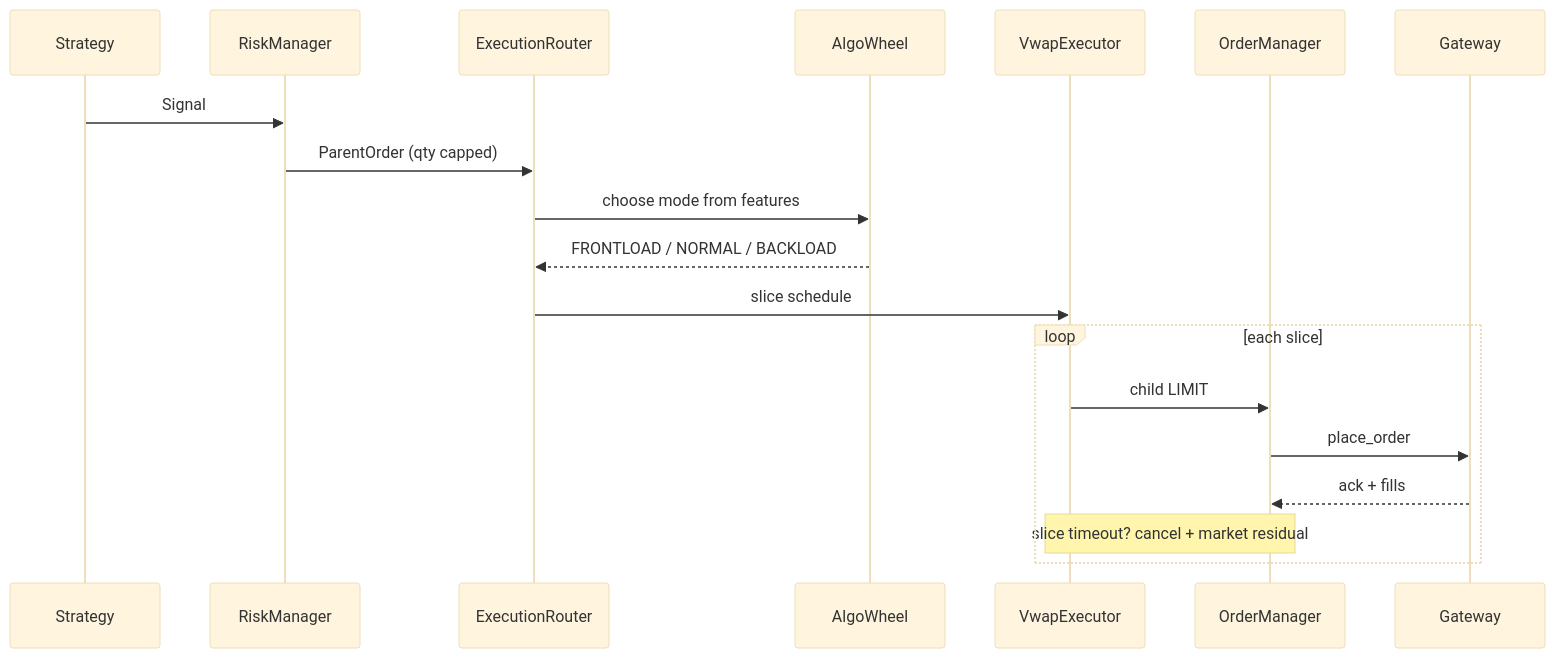
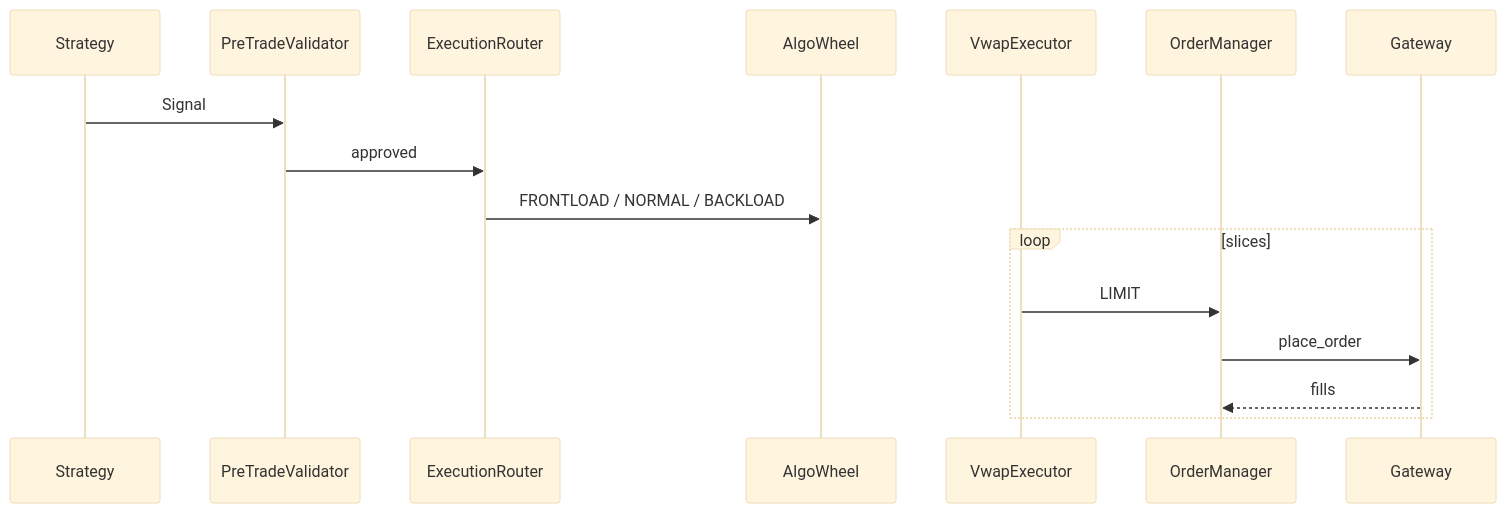
Before and after one commit to Zendragon98/algo-trading-hub: the seventh of 8 diagrams in backend/README.md, drawn with Mermaid (base theme). The commit also changed other lines of this file and 18 other files, not shown here.

````diff
--- a/backend/README.md
+++ b/backend/README.md
@@ -112,22 +162,18 @@
 ```mermaid
 sequenceDiagram
     participant S as Strategy
-    participant K as RiskManager
+    participant P as PreTradeValidator
     participant R as ExecutionRouter
     participant W as AlgoWheel
     participant V as VwapExecutor
     participant O as OrderManager
     participant G as Gateway
-
-    S->>K: Signal
-    K->>R: ParentOrder (qty capped)
-    R->>W: choose mode from features
-    W-->>R: FRONTLOAD / NORMAL / BACKLOAD
-    R->>V: slice schedule
-    loop each slice
-        V->>O: child LIMIT
+    S->>P: Signal
+    P->>R: approved
+    R->>W: FRONTLOAD / NORMAL / BACKLOAD
+    loop slices
+        V->>O: LIMIT
         O->>G: place_order
-        G-->>O: ack + fills
-        Note over V,O: slice timeout? cancel + market residual
+        G-->>O: fills
     end
 ```
````
